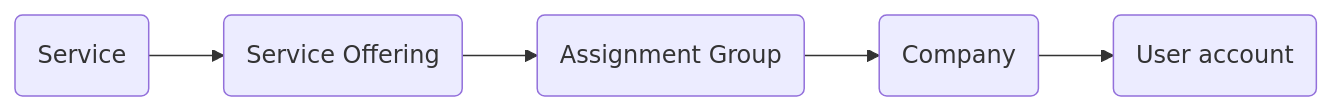
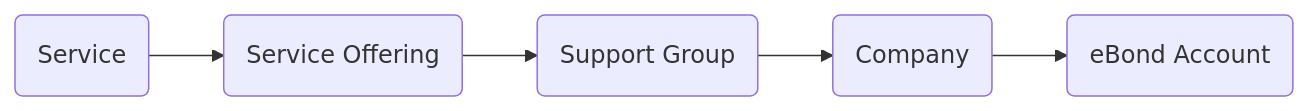
The third of 3 diagrams in Guide.md (ChristopherCarver/eBondCollegiality), drawn with Mermaid before and after one commit. The commit also changed other lines of this file and 5 other files, not shown here.

````diff
--- a/Guide.md
+++ b/Guide.md
@@ -71,13 +88,13 @@
 ```mermaid
 flowchart LR
     A(Service)
     B(Service Offering)
-    C(Assignment Group)
+    C(Support Group)
     D(Company)
-    E(User account)
+    E(eBond Account)
    
     A --> B
     B --> C
     C --> D
     D --> E
 ```
````
